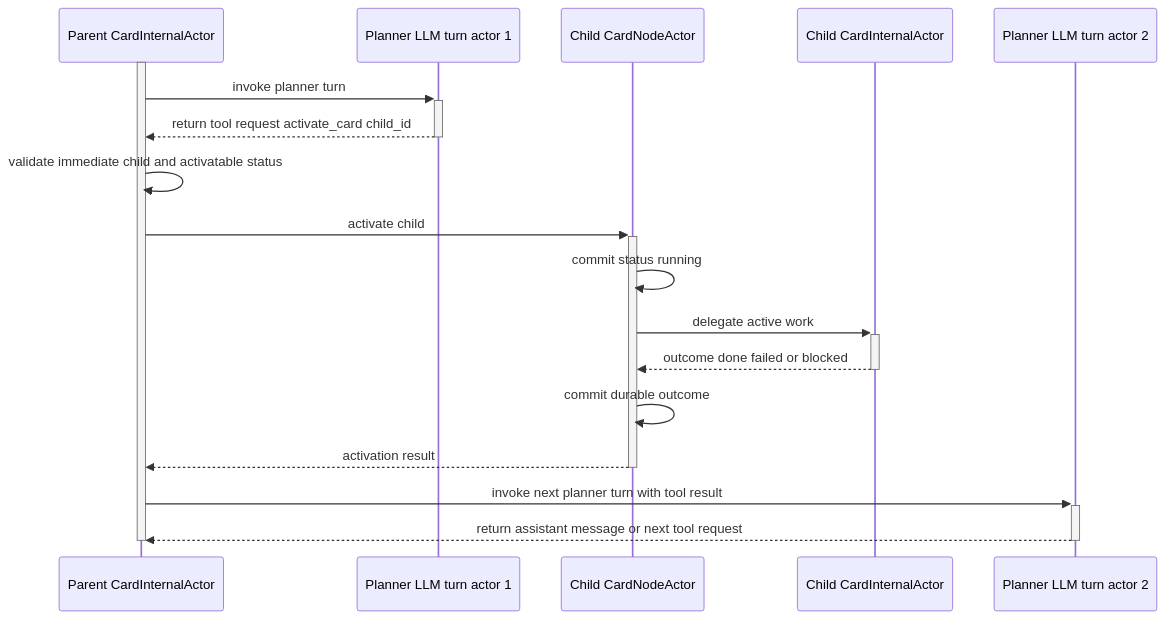
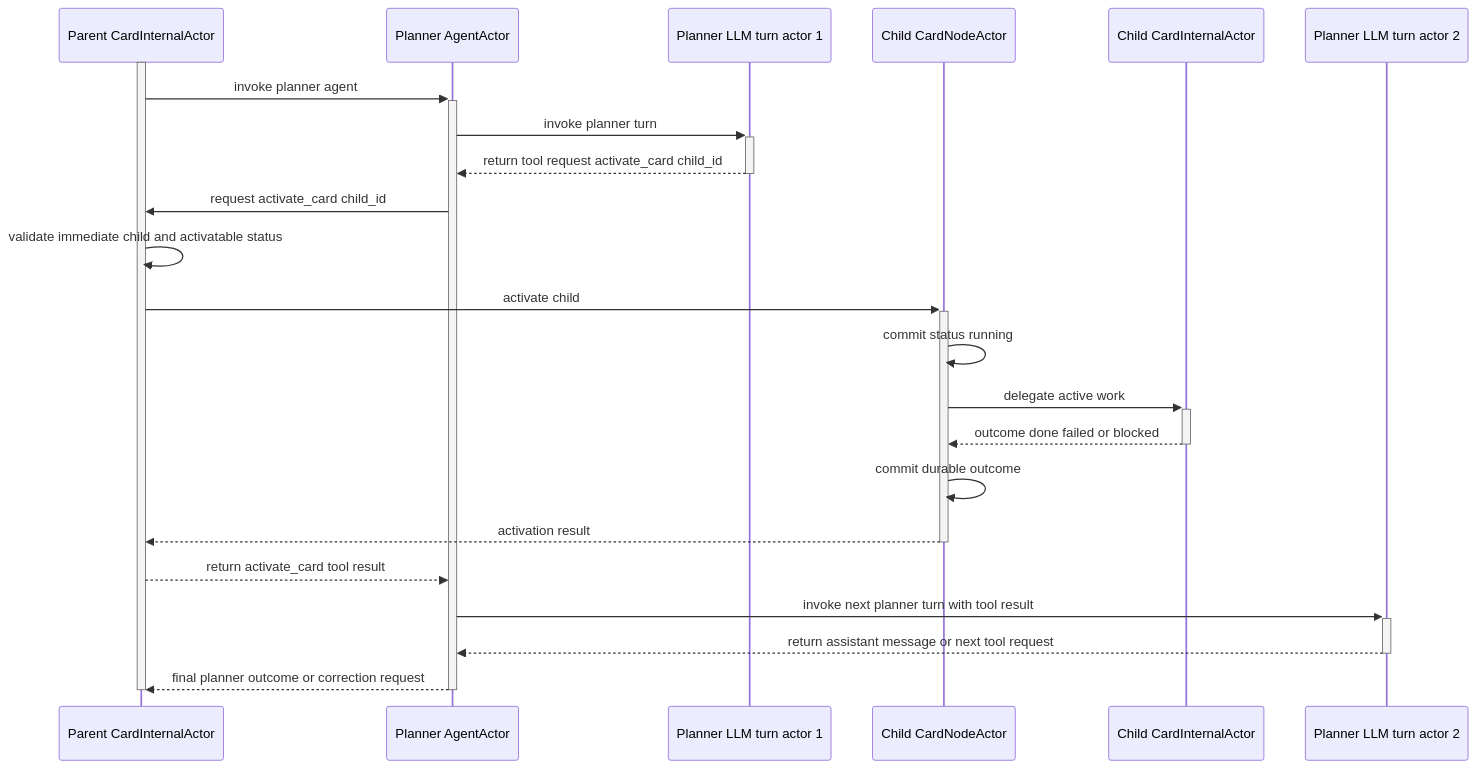
Before and after one commit to salva/saivage-v3: the second of 2 diagrams in docs/architecture/xstate-runtime-core.md, drawn with Mermaid. The commit also changed other lines of this file and 1 other file, not shown here.

Commit message:
docs: split agent tool loops from card internals

````diff
--- a/docs/architecture/xstate-runtime-core.md
+++ b/docs/architecture/xstate-runtime-core.md
@@ -121,22 +130,27 @@
 ```mermaid
 sequenceDiagram
   participant ParentInternal as Parent CardInternalActor
+  participant PlannerAgent as Planner AgentActor
   participant PlannerTurn1 as Planner LLM turn actor 1
   participant ChildNode as Child CardNodeActor
   participant ChildInternal as Child CardInternalActor
   participant PlannerTurn2 as Planner LLM turn actor 2
 
   activate ParentInternal
-  ParentInternal->>+PlannerTurn1: invoke planner turn
-  PlannerTurn1-->>-ParentInternal: return tool request activate_card child_id
+  ParentInternal->>+PlannerAgent: invoke planner agent
+  PlannerAgent->>+PlannerTurn1: invoke planner turn
+  PlannerTurn1-->>-PlannerAgent: return tool request activate_card child_id
+  PlannerAgent->>ParentInternal: request activate_card child_id
   ParentInternal->>ParentInternal: validate immediate child and activatable status
   ParentInternal->>+ChildNode: activate child
   ChildNode->>ChildNode: commit status running
   ChildNode->>+ChildInternal: delegate active work
   ChildInternal-->>-ChildNode: outcome done failed or blocked
   ChildNode->>ChildNode: commit durable outcome
   ChildNode-->>-ParentInternal: activation result
-  ParentInternal->>+PlannerTurn2: invoke next planner turn with tool result
-  PlannerTurn2-->>-ParentInternal: return assistant message or next tool request
+  ParentInternal-->>PlannerAgent: return activate_card tool result
+  PlannerAgent->>+PlannerTurn2: invoke next planner turn with tool result
+  PlannerTurn2-->>-PlannerAgent: return assistant message or next tool request
+  PlannerAgent-->>-ParentInternal: final planner outcome or correction request
   deactivate ParentInternal
 ```
````
